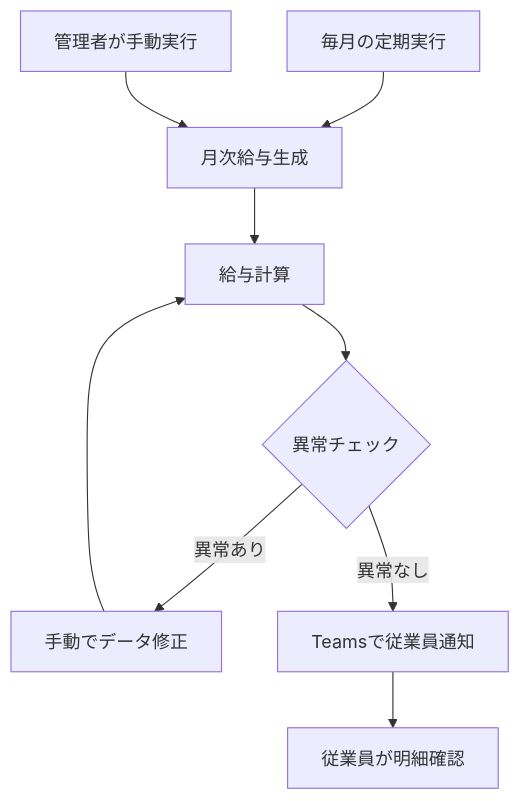
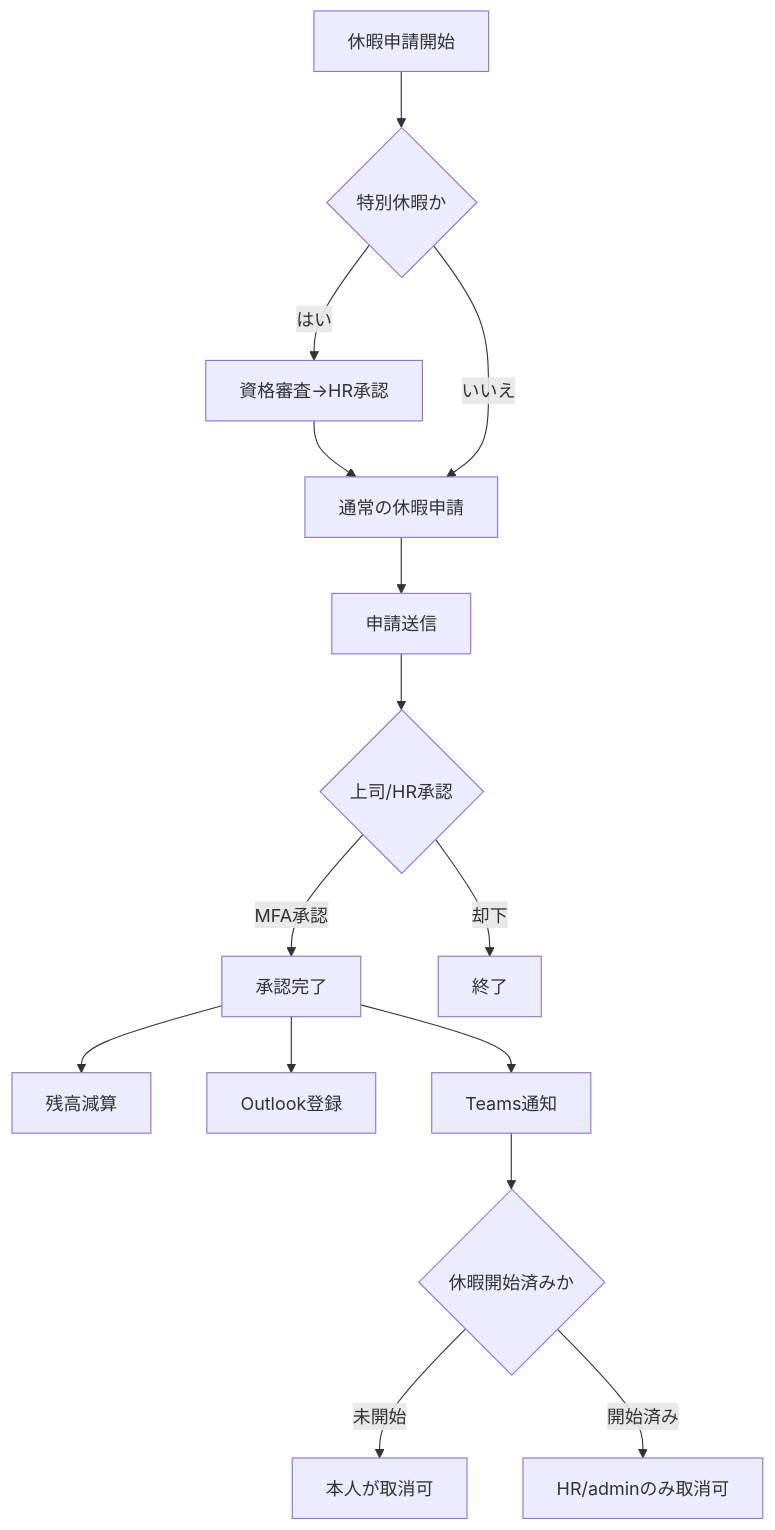
One commit to cancerfreebiotech/myops changed the first of 3 diagrams in docs/generated/ja-admin.md. Above: the diagram before and after it, drawn with Mermaid. The commit also changed other lines of this file and 6 other files, not shown here.

````diff
--- a/docs/generated/ja-admin.md
+++ b/docs/generated/ja-admin.md
@@ -172,11 +1210,17 @@
 ```mermaid
 flowchart TD
-  SCH[毎月の定期実行] --> GEN[月次給与生成]
-  MAN[管理者が手動実行] --> GEN
-  GEN --> CALC[給与計算]
-  CALC --> CHK{異常チェック}
-  CHK -->|異常あり| FIX[手動でデータ修正]
-  FIX --> CALC
-  CHK -->|異常なし| NOTI[Teamsで従業員通知]
-  NOTI --> VIEW[従業員が明細確認]
+    A[休暇申請開始] --> B{特別休暇か}
+    B -->|はい| C[資格審査→HR承認]
+    C --> D[通常の休暇申請]
+    B -->|いいえ| D
+    D --> E[申請送信]
+    E --> F{上司/HR承認}
+    F -->|MFA承認| G[承認完了]
+    F -->|却下| H[終了]
+    G --> I[残高減算]
+    G --> J[Outlook登録]
+    G --> K[Teams通知]
+    K --> L{休暇開始済みか}
+    L -->|未開始| M[本人が取消可]
+    L -->|開始済み| N["HR/adminのみ取消可"]
 ```
````
